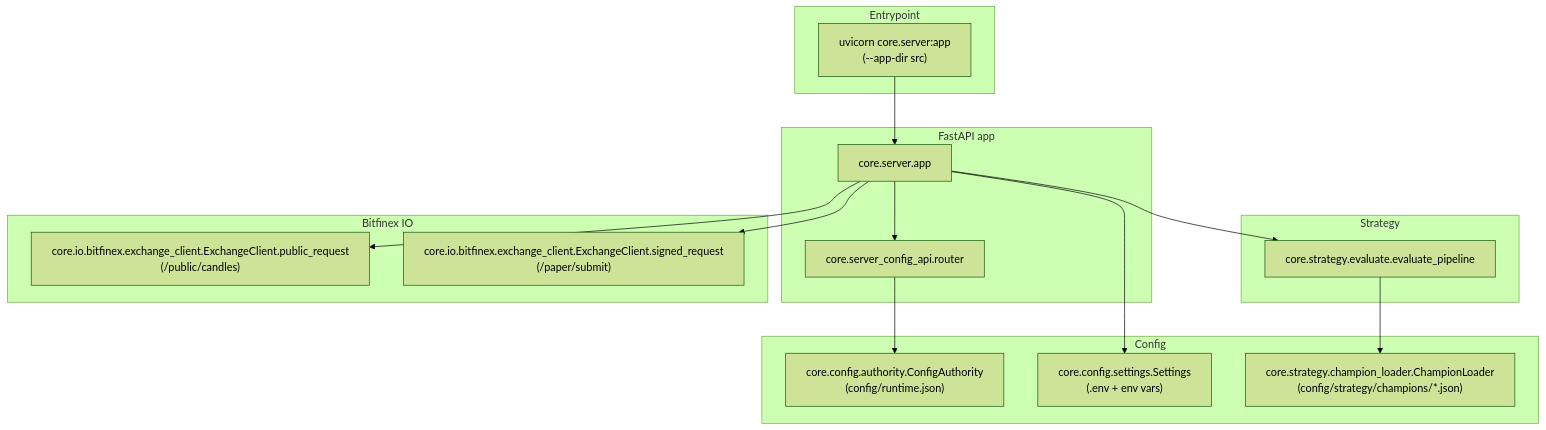
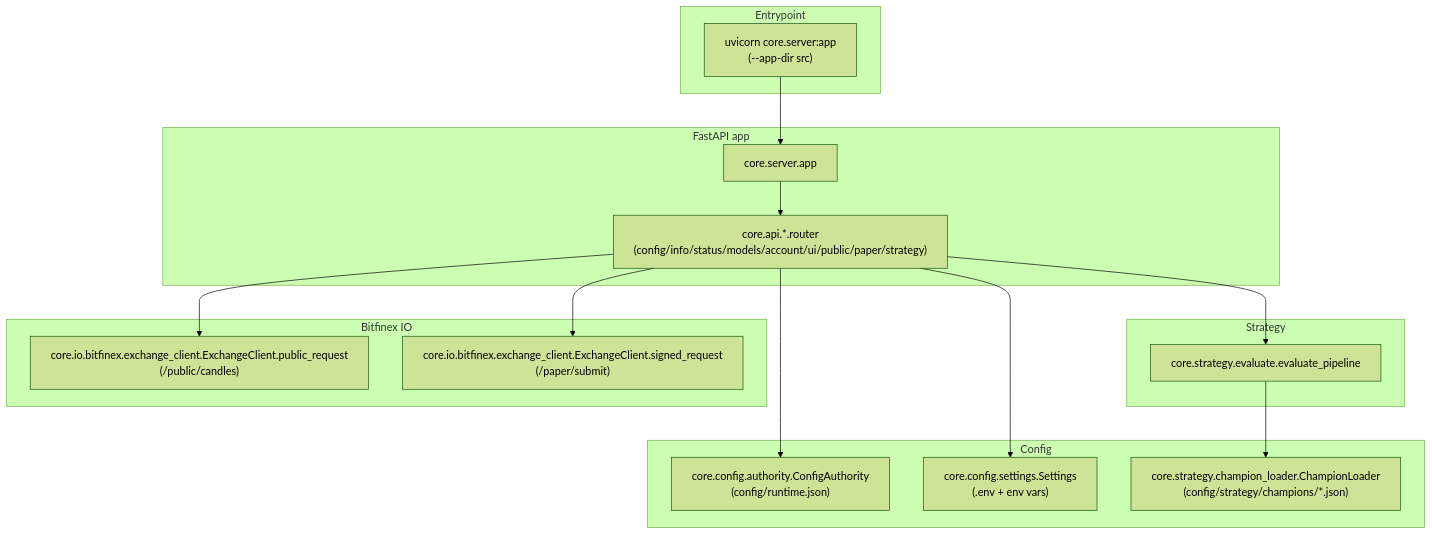
The second of 11 diagrams in docs/architecture/ARCHITECTURE_VISUAL.md (JohnCCarter/Genesis-Core), drawn with Mermaid (forest theme) before and after one commit. The commit also changed other lines of this file and 40 other files, not shown here.

````diff
--- a/docs/architecture/ARCHITECTURE_VISUAL.md
+++ b/docs/architecture/ARCHITECTURE_VISUAL.md
@@ -105,35 +105,35 @@
 ```mermaid
 flowchart TB
   subgraph EP[Entrypoint]
     UV["uvicorn core.server:app\n(--app-dir src)"]
   end
 
   subgraph API[FastAPI app]
     APP["core.server.app"]
-    ROUTER["core.server_config_api.router"]
+    ROUTERS["core.api.*.router\n(config/info/status/models/account/ui/public/paper/strategy)"]
   end
 
   subgraph CFG[Config]
     AUTH["core.config.authority.ConfigAuthority\n(config/runtime.json)"]
     SETTINGS["core.config.settings.Settings\n(.env + env vars)"]
     CHAMP["core.strategy.champion_loader.ChampionLoader\n(config/strategy/champions/*.json)"]
   end
 
   subgraph STRAT[Strategy]
     EVAL["core.strategy.evaluate.evaluate_pipeline"]
   end
 
   subgraph IO[Bitfinex IO]
     PUB["core.io.bitfinex.exchange_client.ExchangeClient.public_request\n(/public/candles)"]
     SIGNED["core.io.bitfinex.exchange_client.ExchangeClient.signed_request\n(/paper/submit)"]
   end
 
   UV --> APP
-  APP --> ROUTER
-  ROUTER --> AUTH
-  APP --> SETTINGS
-  APP --> EVAL
+  APP --> ROUTERS
+  ROUTERS --> AUTH
+  ROUTERS --> SETTINGS
+  ROUTERS --> EVAL
   EVAL --> CHAMP
-  APP --> PUB
-  APP --> SIGNED
+  ROUTERS --> PUB
+  ROUTERS --> SIGNED
 ```
````
